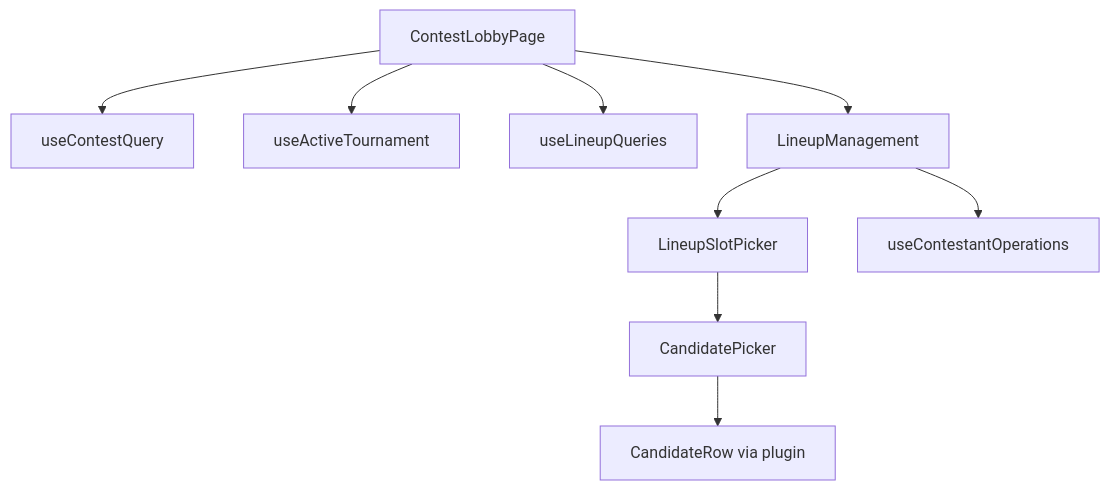
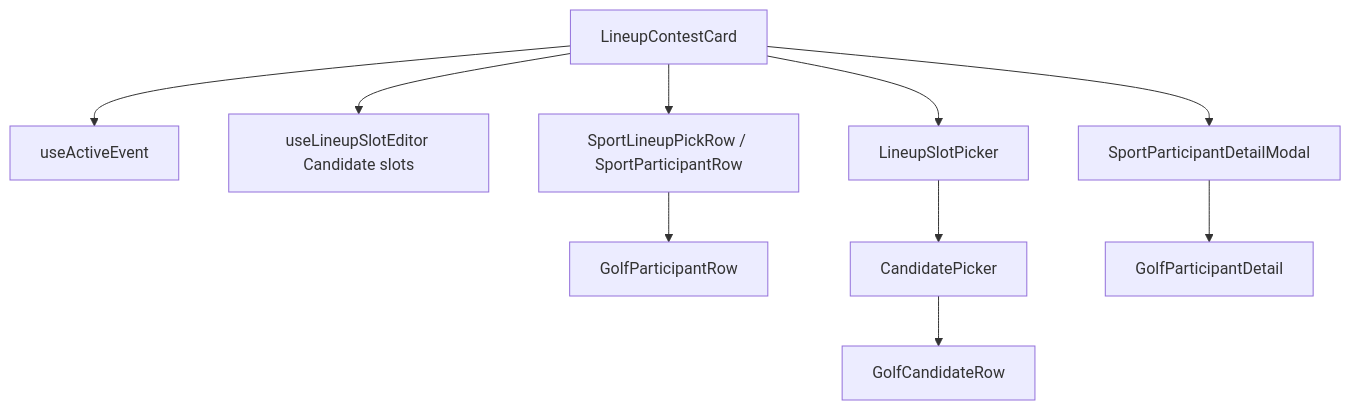
The diagram in spec/client/component-structure.md (MagRelo/cut), drawn with Mermaid before and after one commit. The commit also changed other lines of this file and 66 other files, not shown here.

First line of the commit message:
Refactor contest components to enhance candidate handling and UI consistency

````diff
--- a/spec/client/component-structure.md
+++ b/spec/client/component-structure.md
@@ -123,11 +128,12 @@
 ```mermaid
 flowchart TD
-  Lobby[ContestLobbyPage] --> CQ[useContestQuery]
-  Lobby --> AT[useActiveTournament]
-  Lobby --> LQ[useLineupQueries]
-  Lobby --> LM[LineupManagement]
-  LM --> LSP[LineupSlotPicker]
+  Card[LineupContestCard] --> AE[useActiveEvent]
+  Card --> Editor[useLineupSlotEditor Candidate slots]
+  Card --> SPR[SportLineupPickRow / SportParticipantRow]
+  SPR --> Plugin[GolfParticipantRow]
+  Card --> LSP[LineupSlotPicker]
   LSP --> CP[CandidatePicker]
-  CP --> CR[CandidateRow via plugin]
-  LM --> Chain[useContestantOperations]
+  CP --> CR[GolfCandidateRow]
+  Card --> PDF[SportParticipantDetailModal]
+  PDF --> PD[GolfParticipantDetail]
 ```
````
